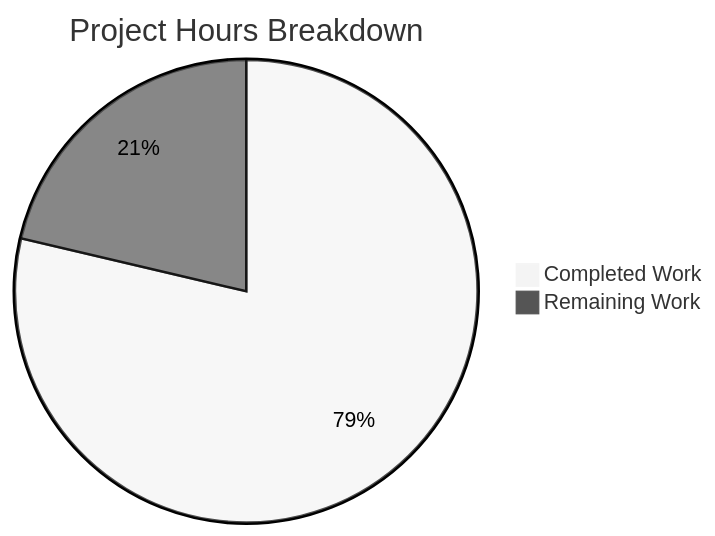
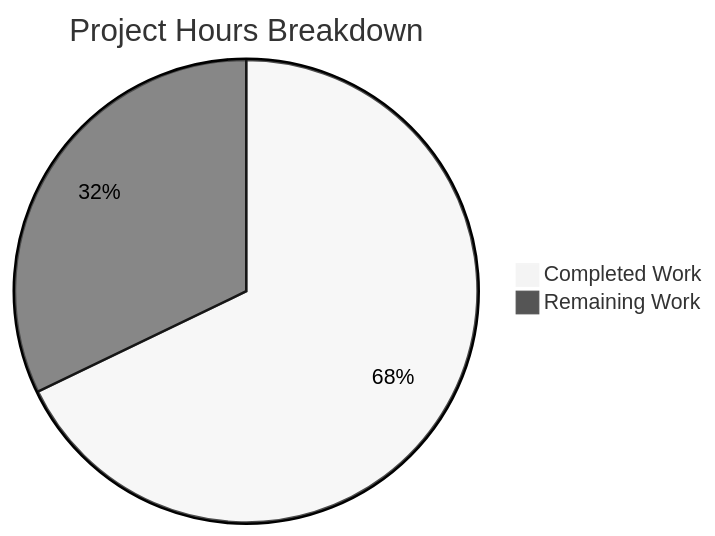
One commit to Blitzy-Sandbox/blitzy-exim changed the second of 2 diagrams in blitzy/documentation/Project Guide.md. Above: the diagram before and after it, drawn with Mermaid (neutral theme). The commit also changed other lines of this file, not shown here.

Commit message:
Adding Blitzy Project Guide: Project Status and Human Tasks Remaining

````diff
--- a/blitzy/documentation/Project Guide.md
+++ b/blitzy/documentation/Project Guide.md
@@ -233,5 +303,5 @@
 ```mermaid
 pie title Project Hours Breakdown
-    "Completed Work" : 782
-    "Remaining Work" : 212
+    "Completed Work" : 760
+    "Remaining Work" : 360
 ```
````
